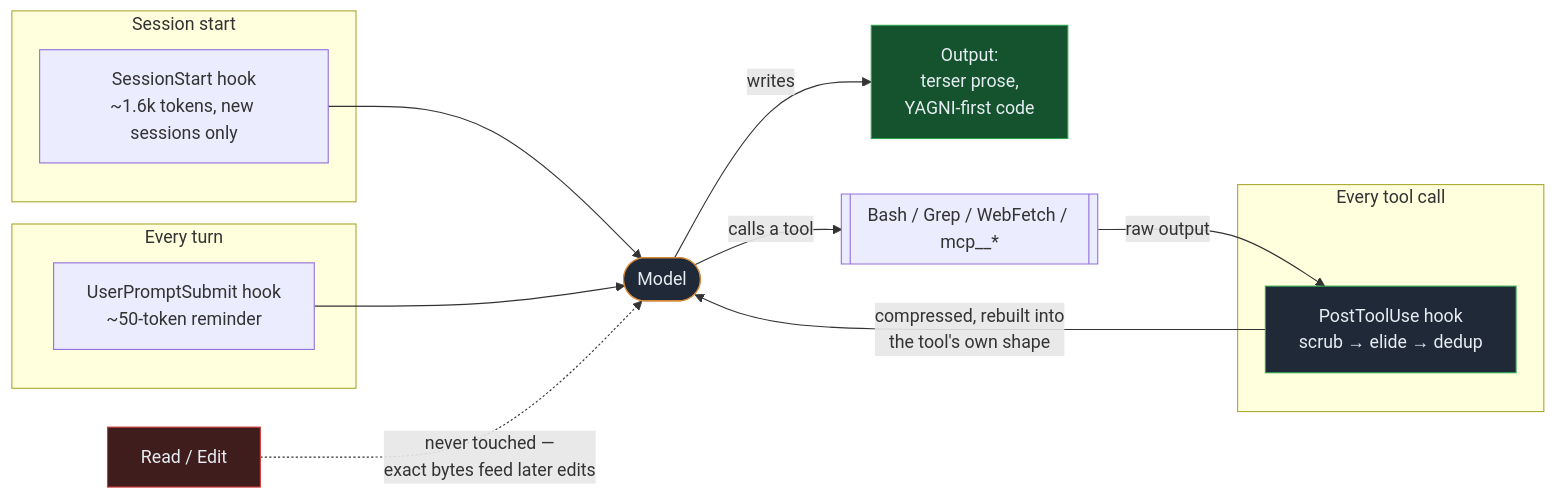
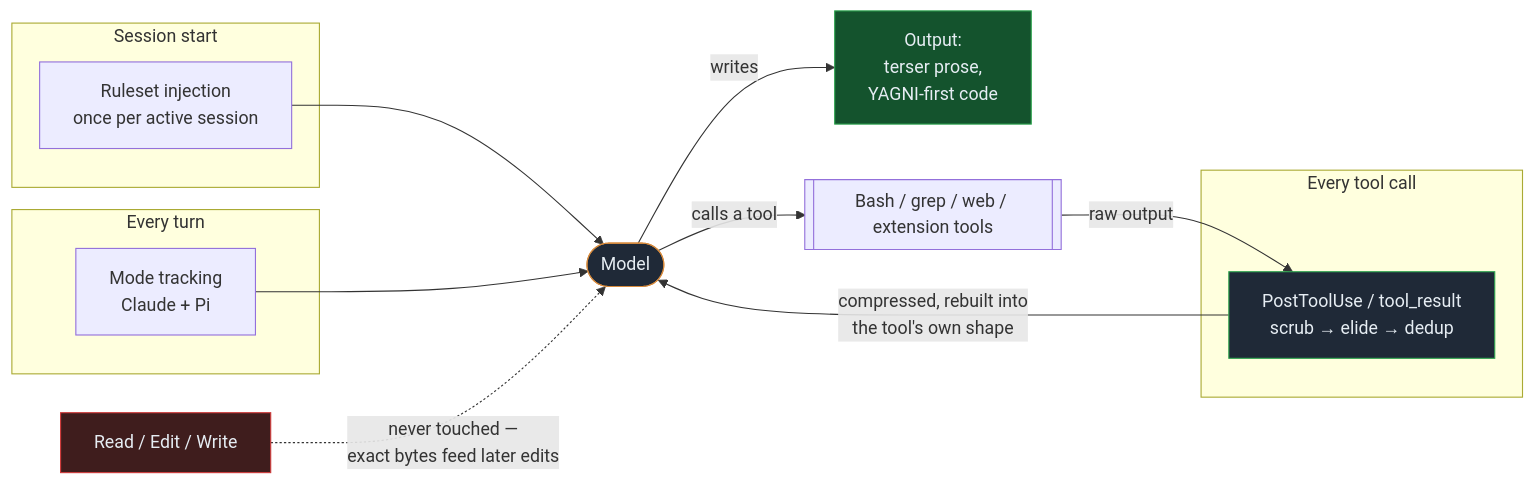
One commit to JayPokale/Chisle changed the first of 2 diagrams in README.md. Above: the diagram before and after it, drawn with Mermaid. The commit also changed other lines of this file and 73 other files, not shown here.

````diff
--- a/README.md
+++ b/README.md
@@ -86,26 +86,26 @@
 ```mermaid
 flowchart LR
     subgraph S["Session start"]
-        H1["SessionStart hook<br/>~1.6k tokens, new sessions only"]
+        H1["Ruleset injection<br/>once per active session"]
     end
     subgraph T["Every turn"]
-        H2["UserPromptSubmit hook<br/>~50-token reminder"]
+        H2["Mode tracking<br/>Claude + Pi"]
     end
     subgraph L["Every tool call"]
-        H3["PostToolUse hook<br/>scrub → elide → dedup"]
+        H3["PostToolUse / tool_result<br/>scrub → elide → dedup"]
     end
 
     H1 --> M(["Model"])
     H2 --> M
     M -->|writes| O["Output:<br/>terser prose,<br/>YAGNI-first code"]
-    M -->|calls a tool| TOOL[["Bash / Grep / WebFetch / mcp__*"]]
+    M -->|calls a tool| TOOL[["Bash / grep / web / extension tools"]]
     TOOL -->|raw output| H3
     H3 -->|"compressed, rebuilt into<br/>the tool's own shape"| M
 
-    RE["Read / Edit"] -.->|"never touched —<br/>exact bytes feed later edits"| M
+    RE["Read / Edit / Write"] -.->|"never touched —<br/>exact bytes feed later edits"| M
 
     style M fill:#1f2937,stroke:#d78a3c,color:#e6edf3
     style O fill:#14532d,stroke:#2da44e,color:#e6edf3
     style H3 fill:#1f2937,stroke:#2da44e,color:#e6edf3
     style RE fill:#3f1d1d,stroke:#cf3b3b,color:#e6edf3
 ```
````
